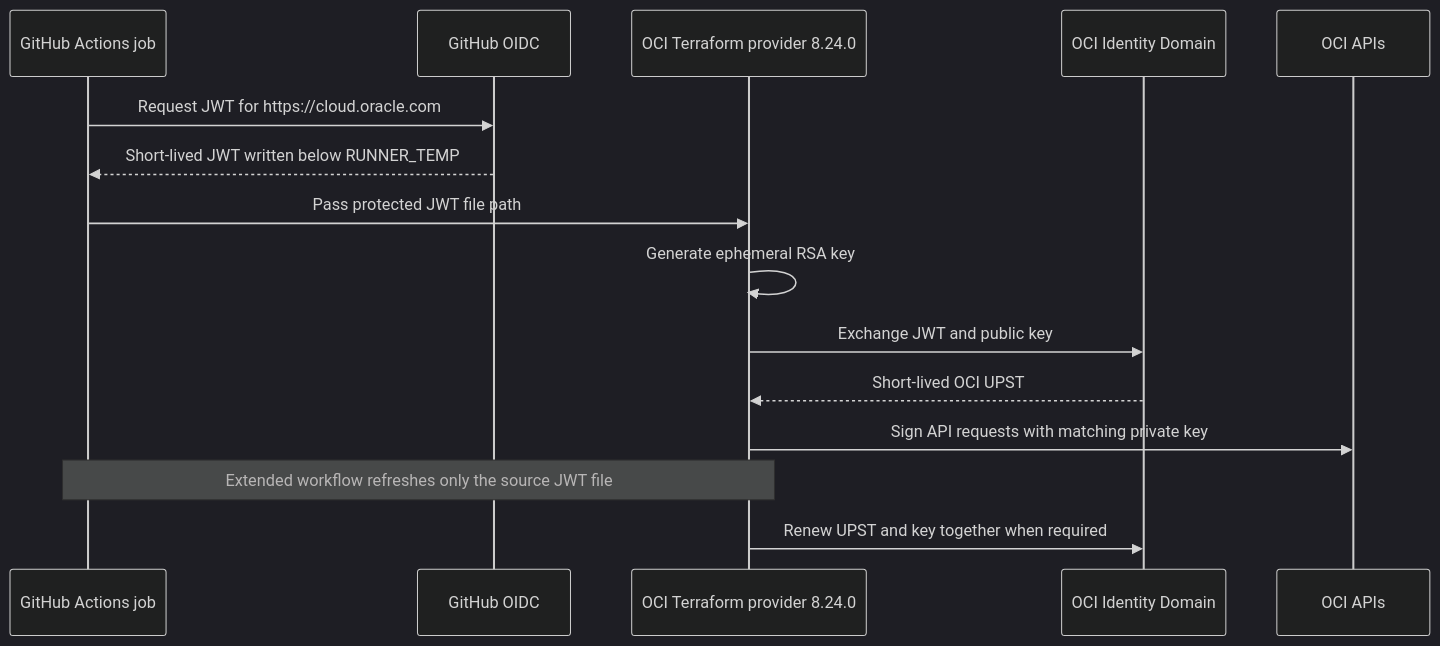
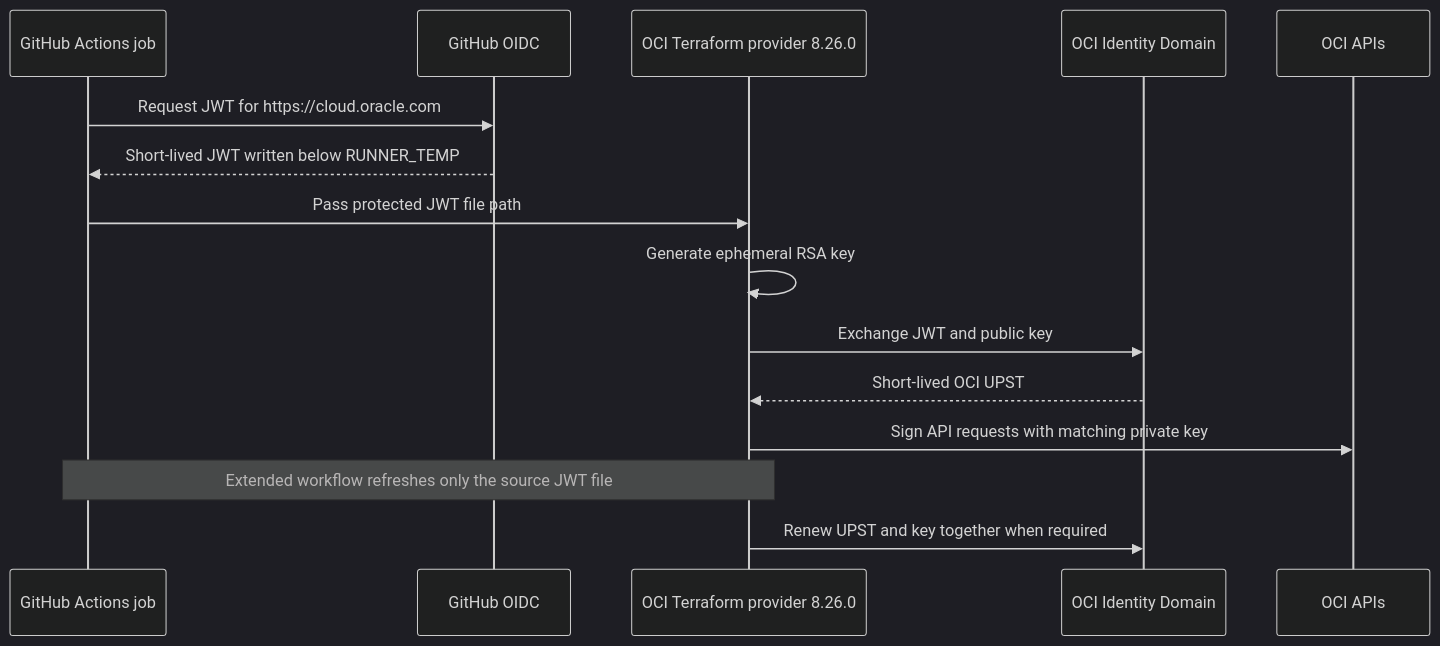
The diagram in README.md (dgutierrezcolodra/oci-terraform-github-actions-wif-example), drawn with Mermaid (dark theme) before and after one commit. The commit also changed other lines of this file and 11 other files, not shown here.

````diff
--- a/README.md
+++ b/README.md
@@ -45,18 +17,18 @@
 ```mermaid
 sequenceDiagram
     participant Job as GitHub Actions job
     participant GitHub as GitHub OIDC
-    participant Provider as OCI Terraform provider 8.24.0
+    participant Provider as OCI Terraform provider 8.26.0
     participant Domain as OCI Identity Domain
     participant OCI as OCI APIs
 
     Job->>GitHub: Request JWT for https://cloud.oracle.com
     GitHub-->>Job: Short-lived JWT written below RUNNER_TEMP
     Job->>Provider: Pass protected JWT file path
     Provider->>Provider: Generate ephemeral RSA key
     Provider->>Domain: Exchange JWT and public key
     Domain-->>Provider: Short-lived OCI UPST
     Provider->>OCI: Sign API requests with matching private key
     Note over Job,Provider: Extended workflow refreshes only the source JWT file
     Provider->>Domain: Renew UPST and key together when required
 ```
````
